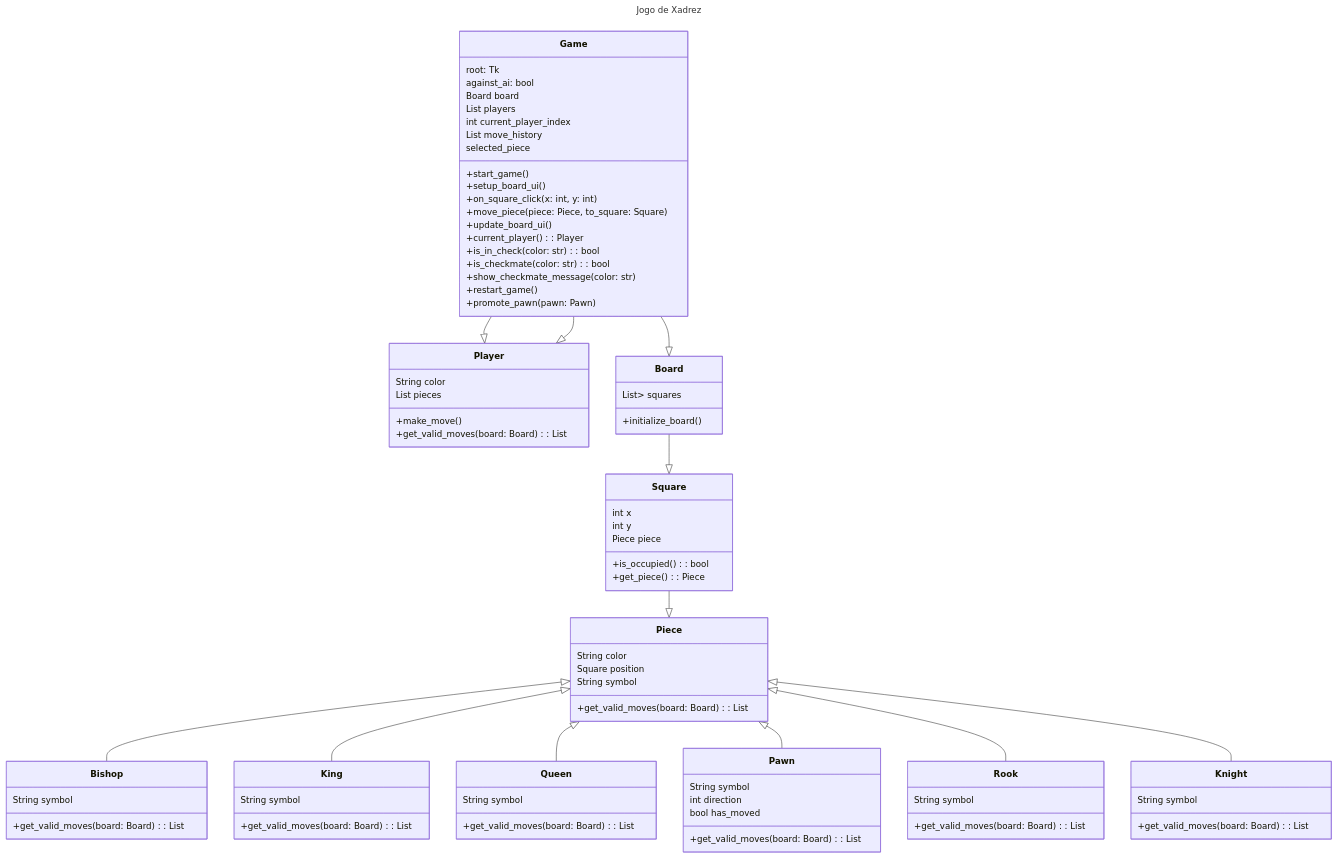
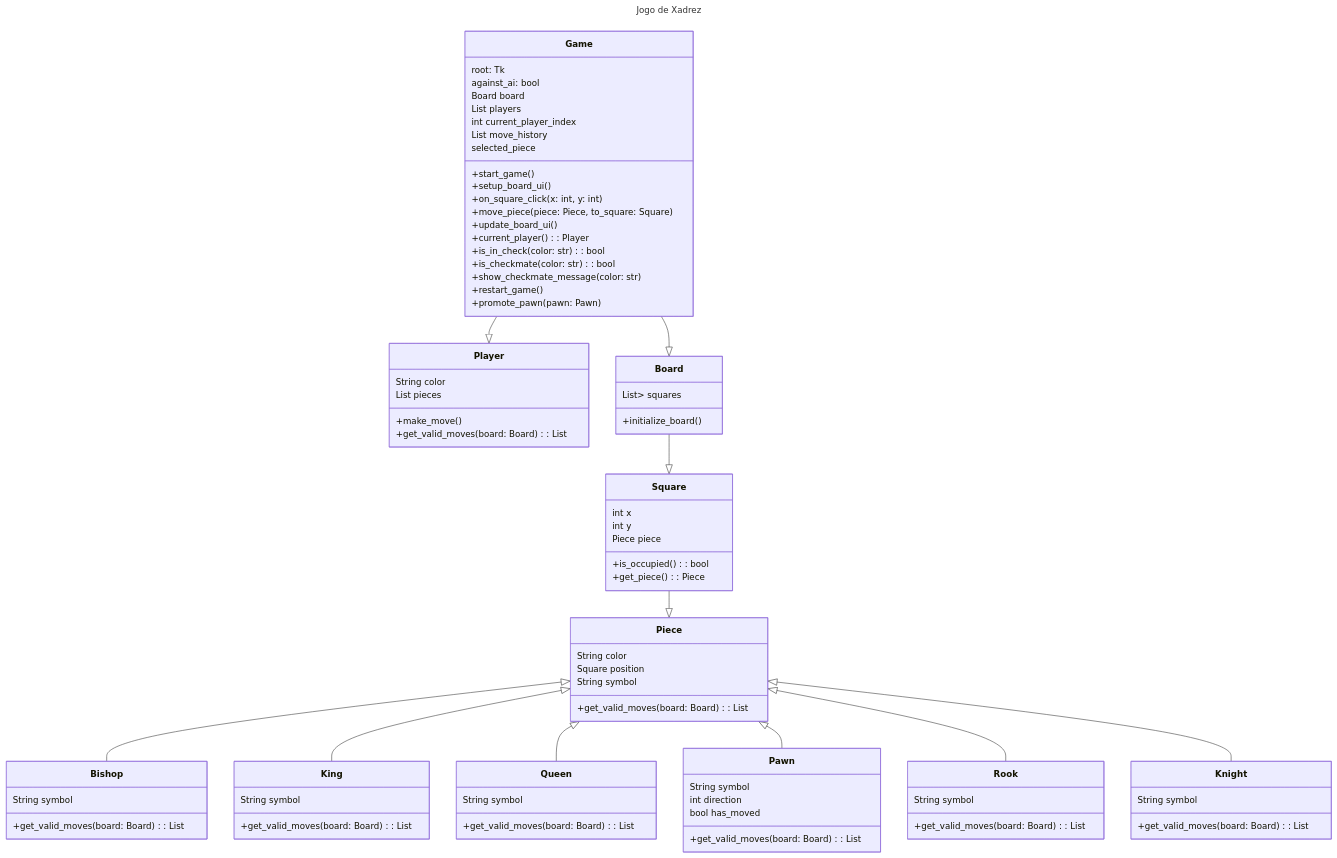
Before and after one commit to DenielR/Trab-xadrez: the diagram in README.md, drawn with Mermaid.

Commit message:
relacionamento repetido

```diff
--- a/README.md
+++ b/README.md
@@ -87,7 +87,6 @@
 
 Game --|> Board
 Game --|> Player
-Game --|> Player
 Board --|> Square
 Square --|> Piece
 
```
